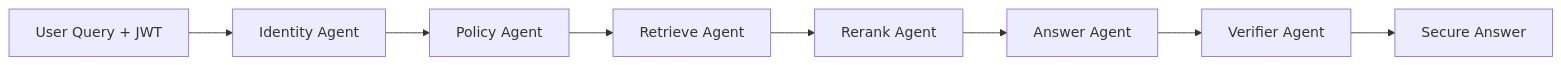
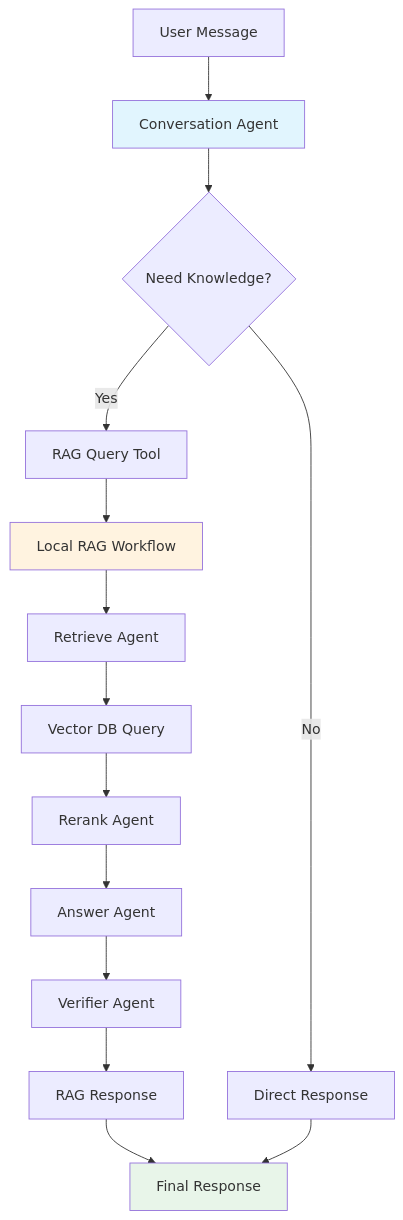
The diagram in README.md (maxmax1992/mastra_rag_app), drawn with Mermaid before and after one commit. The commit also changed other lines of this file and 6 other files, not shown here.

````diff
--- a/README.md
+++ b/README.md
@@ -44,10 +44,22 @@
 ```mermaid
-graph LR
-    A[User Query + JWT] --> B[Identity Agent]
-    B --> C[Policy Agent]
-    C --> D[Retrieve Agent]
-    D --> E[Rerank Agent]
-    E --> F[Answer Agent]
-    F --> G[Verifier Agent]
-    G --> H[Secure Answer]
+graph TB
+    A[User Message] --> B[Conversation Agent]
+    B --> C{Need Knowledge?}
+    C -->|Yes| D[RAG Query Tool]
+    C -->|No| E[Direct Response]
+
+    D --> F[Local RAG Workflow]
+    F --> G[Retrieve Agent]
+    G --> H[Vector DB Query]
+    H --> I[Rerank Agent]
+    I --> J[Answer Agent]
+    J --> K[Verifier Agent]
+    K --> L[RAG Response]
+    L --> M[Final Response]
+
+    E --> M[Final Response]
+
+    style B fill:#e1f5fe
+    style F fill:#fff3e0
+    style M fill:#e8f5e9
 ```
````
